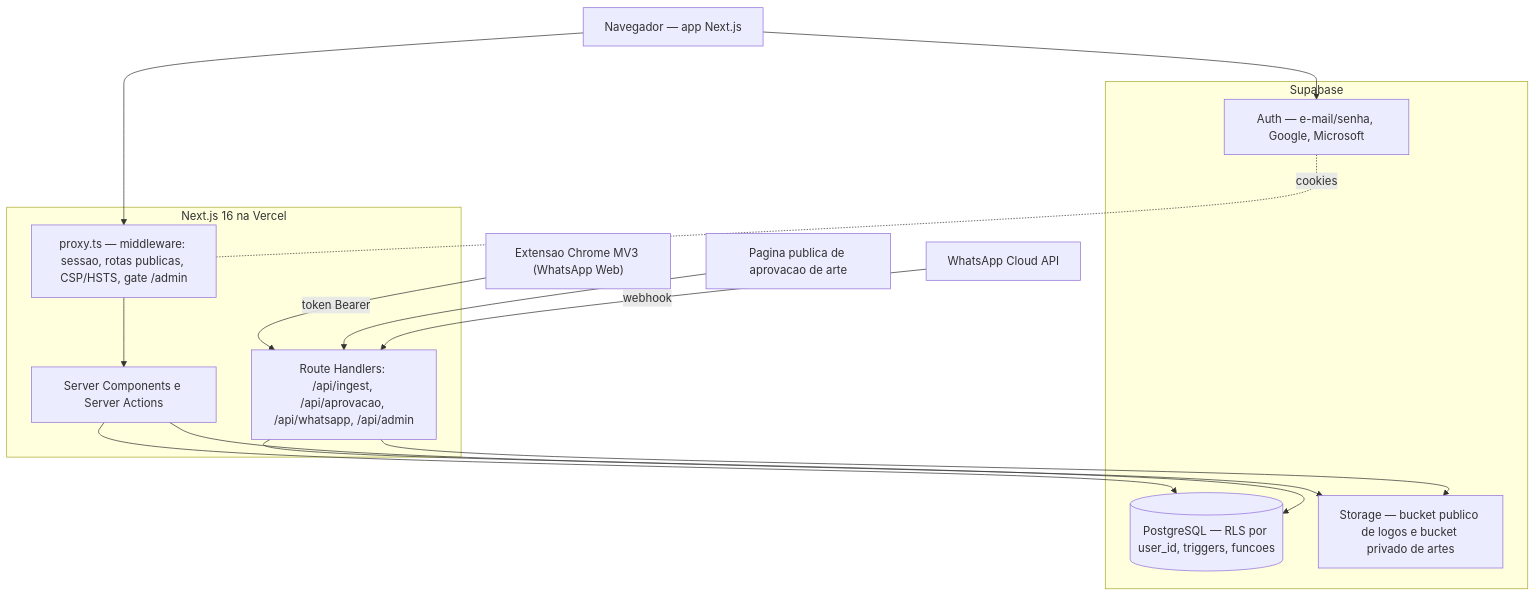
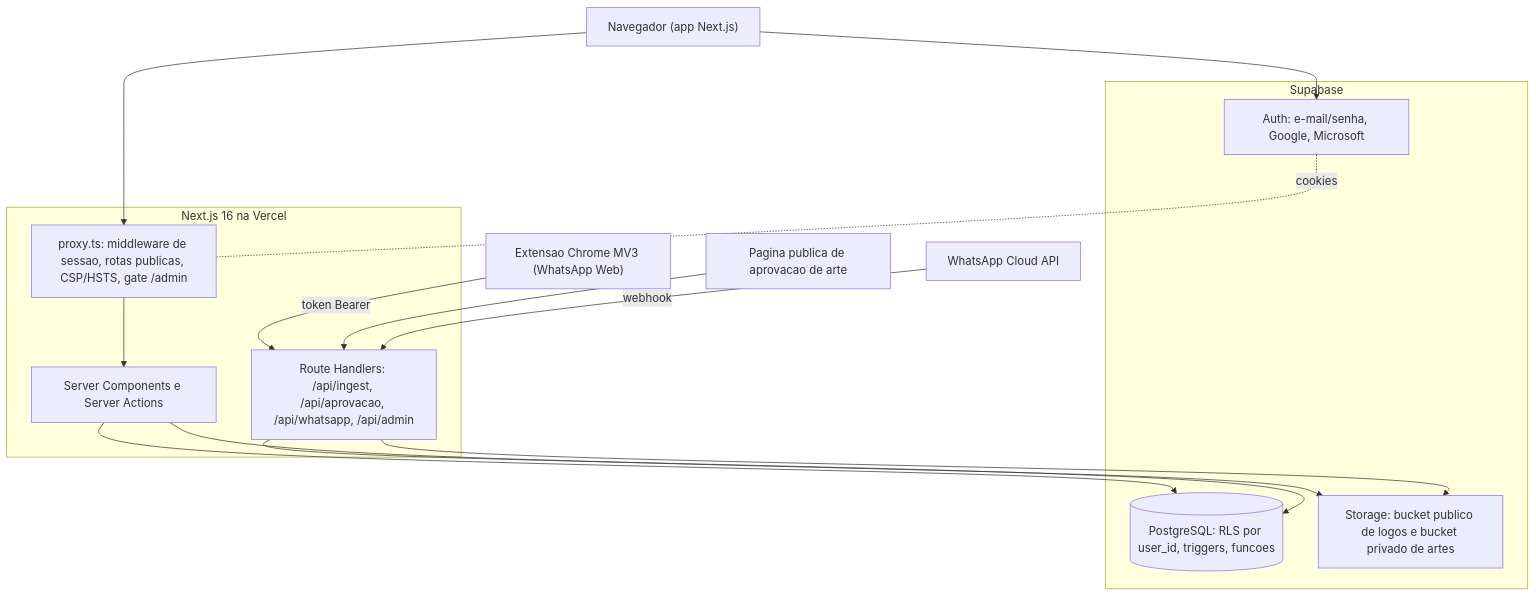
One commit to Diangeles1/PrintOS changed the diagram in README.md. Above: the diagram before and after it, drawn with Mermaid. The commit also changed other lines of this file and 1 other file, not shown here.

````diff
--- a/README.md
+++ b/README.md
@@ -199,30 +199,30 @@
 ```mermaid
 flowchart TD
-    B["Navegador — app Next.js"]
+    B["Navegador (app Next.js)"]
     EXT["Extensao Chrome MV3 (WhatsApp Web)"]
     PUB["Pagina publica de aprovacao de arte"]
 
     subgraph NEXT["Next.js 16 na Vercel"]
-        MW["proxy.ts — middleware: sessao, rotas publicas, CSP/HSTS, gate /admin"]
+        MW["proxy.ts: middleware de sessao, rotas publicas, CSP/HSTS, gate /admin"]
         RSC["Server Components e Server Actions"]
         API["Route Handlers: /api/ingest, /api/aprovacao, /api/whatsapp, /api/admin"]
     end
 
     subgraph SUPA["Supabase"]
-        AUTH["Auth — e-mail/senha, Google, Microsoft"]
-        DB[("PostgreSQL — RLS por user_id, triggers, funcoes")]
-        ST["Storage — bucket publico de logos e bucket privado de artes"]
+        AUTH["Auth: e-mail/senha, Google, Microsoft"]
+        DB[("PostgreSQL: RLS por user_id, triggers, funcoes")]
+        ST["Storage: bucket publico de logos e bucket privado de artes"]
     end
 
     WA["WhatsApp Cloud API"]
 
     B --> MW --> RSC --> DB
     B --> AUTH
     EXT -->|token Bearer| API
     PUB --> API
     WA -->|webhook| API
     API --> DB
     API --> ST
     RSC --> ST
     AUTH -. cookies .- MW
 ```
````
